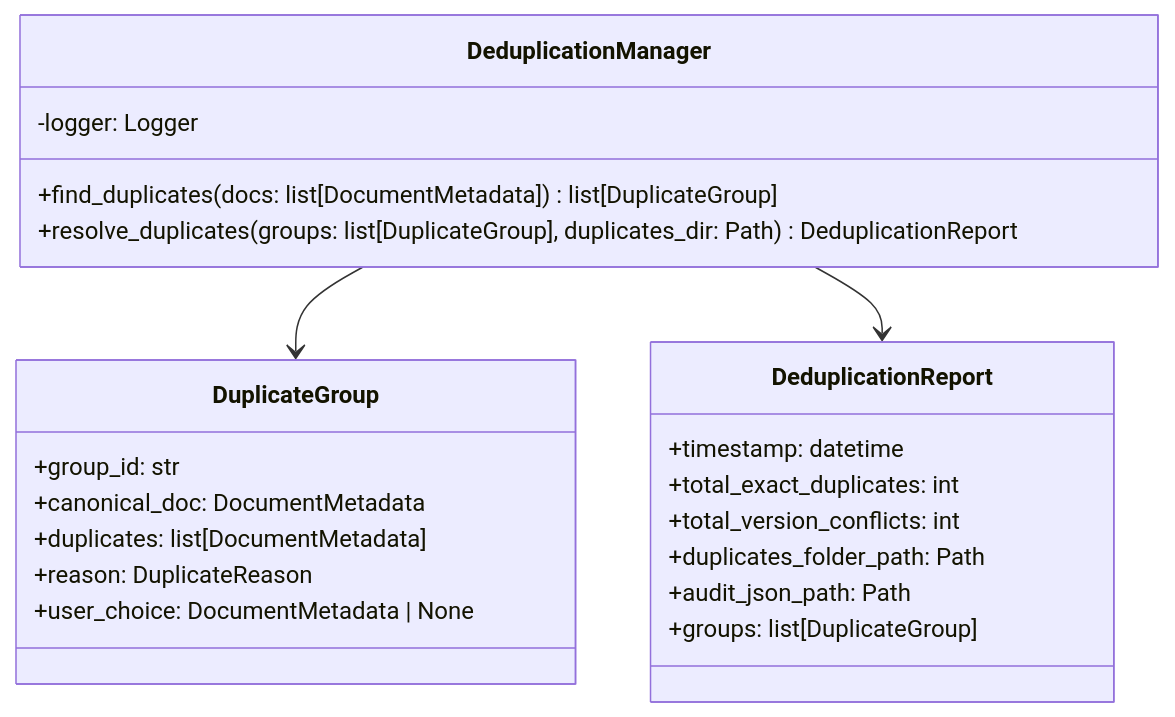
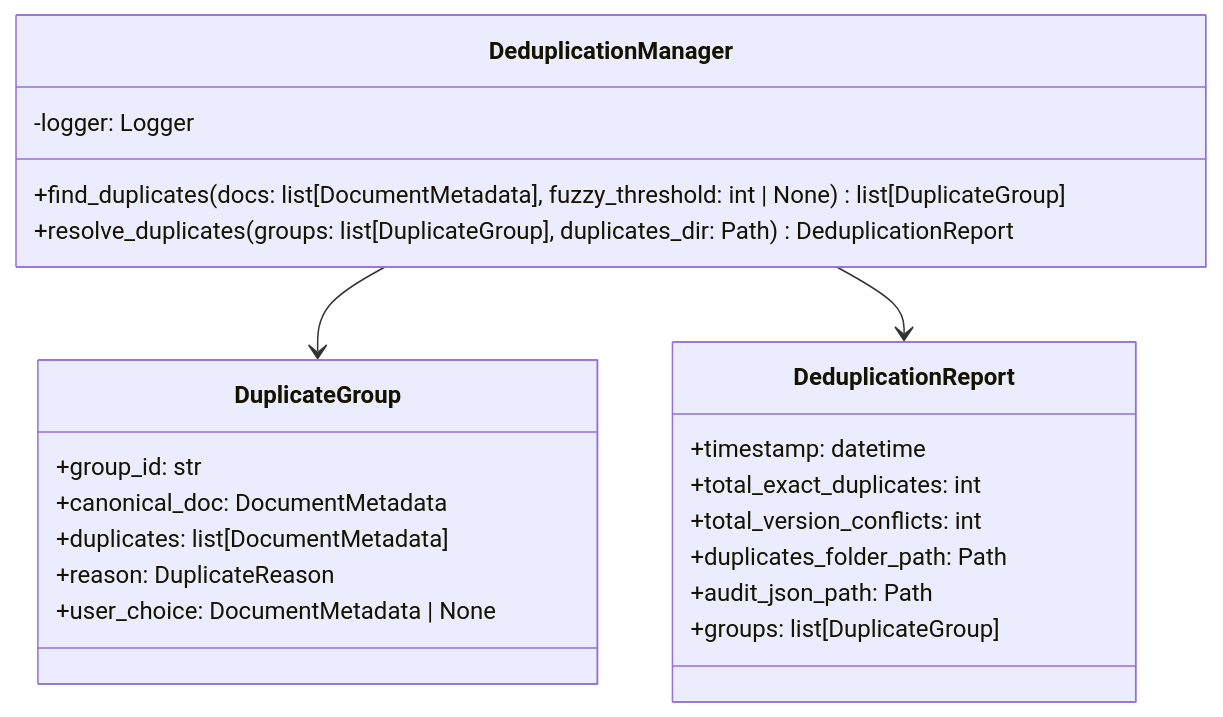
The diagram in docs/api/dedup.md (fmanza/doc_organize), drawn with Mermaid before and after one commit. The commit also changed other lines of this file and 12 other files, not shown here.

````diff
--- a/docs/api/dedup.md
+++ b/docs/api/dedup.md
@@ -7,28 +7,28 @@
 ```mermaid
 classDiagram
     class DeduplicationManager {
         -logger: Logger
-        +find_duplicates(docs: list[DocumentMetadata]) list[DuplicateGroup]
+        +find_duplicates(docs: list[DocumentMetadata], fuzzy_threshold: int | None) list[DuplicateGroup]
         +resolve_duplicates(groups: list[DuplicateGroup], duplicates_dir: Path) DeduplicationReport
     }
     
     class DuplicateGroup {
         +group_id: str
         +canonical_doc: DocumentMetadata
         +duplicates: list[DocumentMetadata]
         +reason: DuplicateReason
         +user_choice: DocumentMetadata | None
     }
     
     class DeduplicationReport {
         +timestamp: datetime
         +total_exact_duplicates: int
         +total_version_conflicts: int
         +duplicates_folder_path: Path
         +audit_json_path: Path
         +groups: list[DuplicateGroup]
     }
     
     DeduplicationManager --> DuplicateGroup
     DeduplicationManager --> DeduplicationReport
 ```
````
